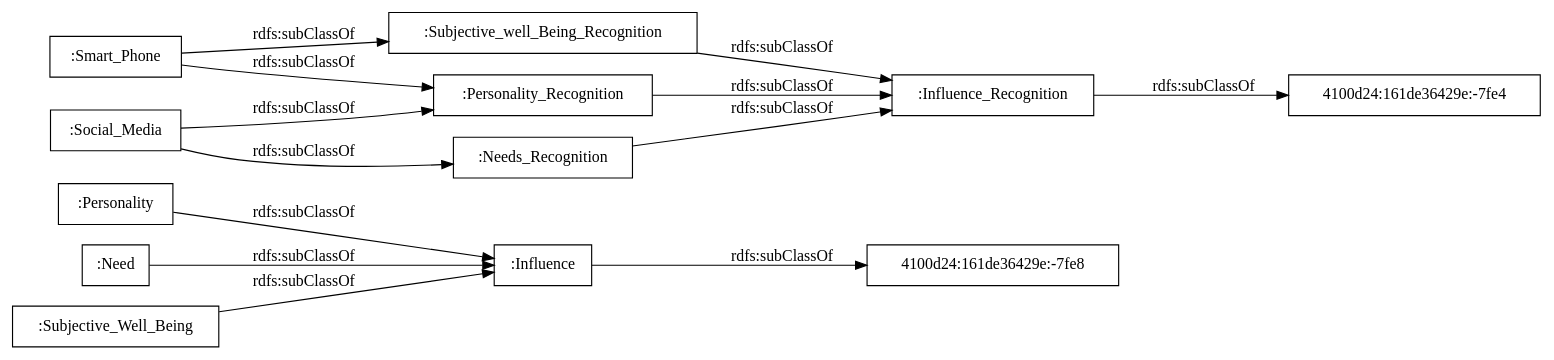
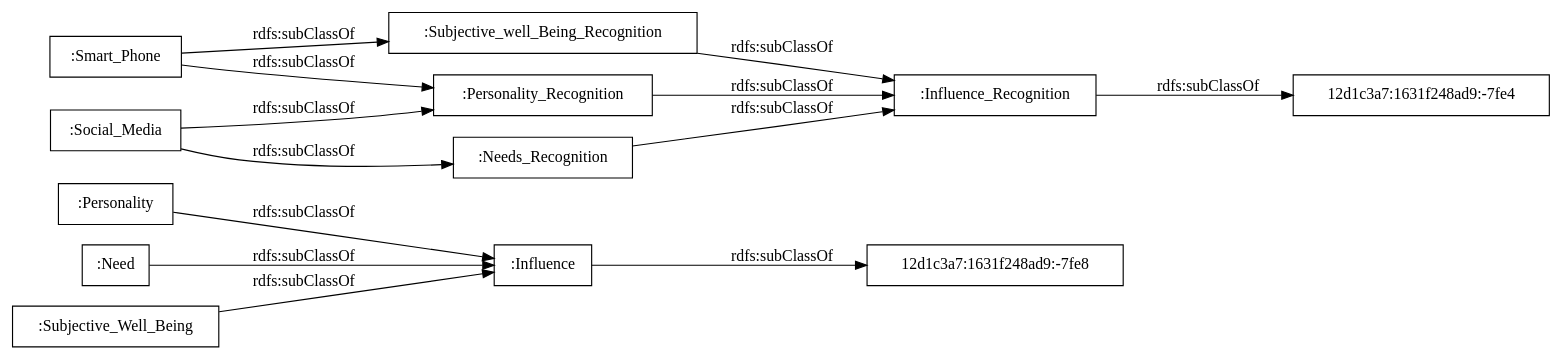
The diagram in OnToology/Influence_Recognition_Module.owl/diagrams/ar2dtool-taxonomy/Influence_Recognition_Module.owl.png.dot (rana-othman/HASIO-Modularization), drawn with Graphviz before and after one commit. The commit also changed 94 other files, not shown here.

```diff
--- a/OnToology/Influence_Recognition_Module.owl/diagrams/ar2dtool-taxonomy/Influence_Recognition_Module.owl.png.dot
+++ b/OnToology/Influence_Recognition_Module.owl/diagrams/ar2dtool-taxonomy/Influence_Recognition_Module.owl.png.dot
@@ -1,18 +1,18 @@
 digraph ar2dtool_diagram { 
 rankdir=LR;
 size="1000"
-node [shape = rectangle, color="black"]; ":Personality" ":Need" ":Needs_Recognition" ":Subjective_Well_Being" ":Subjective_well_Being_Recognition" ":Personality_Recognition" "4100d24:161de36429e:-7fe8" ":Influence" ":Smart_Phone" ":Social_Media" ":Influence_Recognition" "4100d24:161de36429e:-7fe4" ; /*classes style*/
-	":Influence" -> "4100d24:161de36429e:-7fe8" [ label = "rdfs:subClassOf" ];
+node [shape = rectangle, color="black"]; ":Personality" ":Need" ":Needs_Recognition" "12d1c3a7:1631f248ad9:-7fe4" ":Subjective_Well_Being" "12d1c3a7:1631f248ad9:-7fe8" ":Subjective_well_Being_Recognition" ":Personality_Recognition" ":Influence" ":Smart_Phone" ":Social_Media" ":Influence_Recognition" ; /*classes style*/
+	":Influence" -> "12d1c3a7:1631f248ad9:-7fe8" [ label = "rdfs:subClassOf" ];
 	":Subjective_well_Being_Recognition" -> ":Influence_Recognition" [ label = "rdfs:subClassOf" ];
 	":Subjective_Well_Being" -> ":Influence" [ label = "rdfs:subClassOf" ];
 	":Need" -> ":Influence" [ label = "rdfs:subClassOf" ];
 	":Needs_Recognition" -> ":Influence_Recognition" [ label = "rdfs:subClassOf" ];
 	":Social_Media" -> ":Personality_Recognition" [ label = "rdfs:subClassOf" ];
 	":Social_Media" -> ":Needs_Recognition" [ label = "rdfs:subClassOf" ];
 	":Personality_Recognition" -> ":Influence_Recognition" [ label = "rdfs:subClassOf" ];
 	":Personality" -> ":Influence" [ label = "rdfs:subClassOf" ];
-	":Influence_Recognition" -> "4100d24:161de36429e:-7fe4" [ label = "rdfs:subClassOf" ];
+	":Influence_Recognition" -> "12d1c3a7:1631f248ad9:-7fe4" [ label = "rdfs:subClassOf" ];
 	":Smart_Phone" -> ":Subjective_well_Being_Recognition" [ label = "rdfs:subClassOf" ];
 	":Smart_Phone" -> ":Personality_Recognition" [ label = "rdfs:subClassOf" ];
 
 }
```
